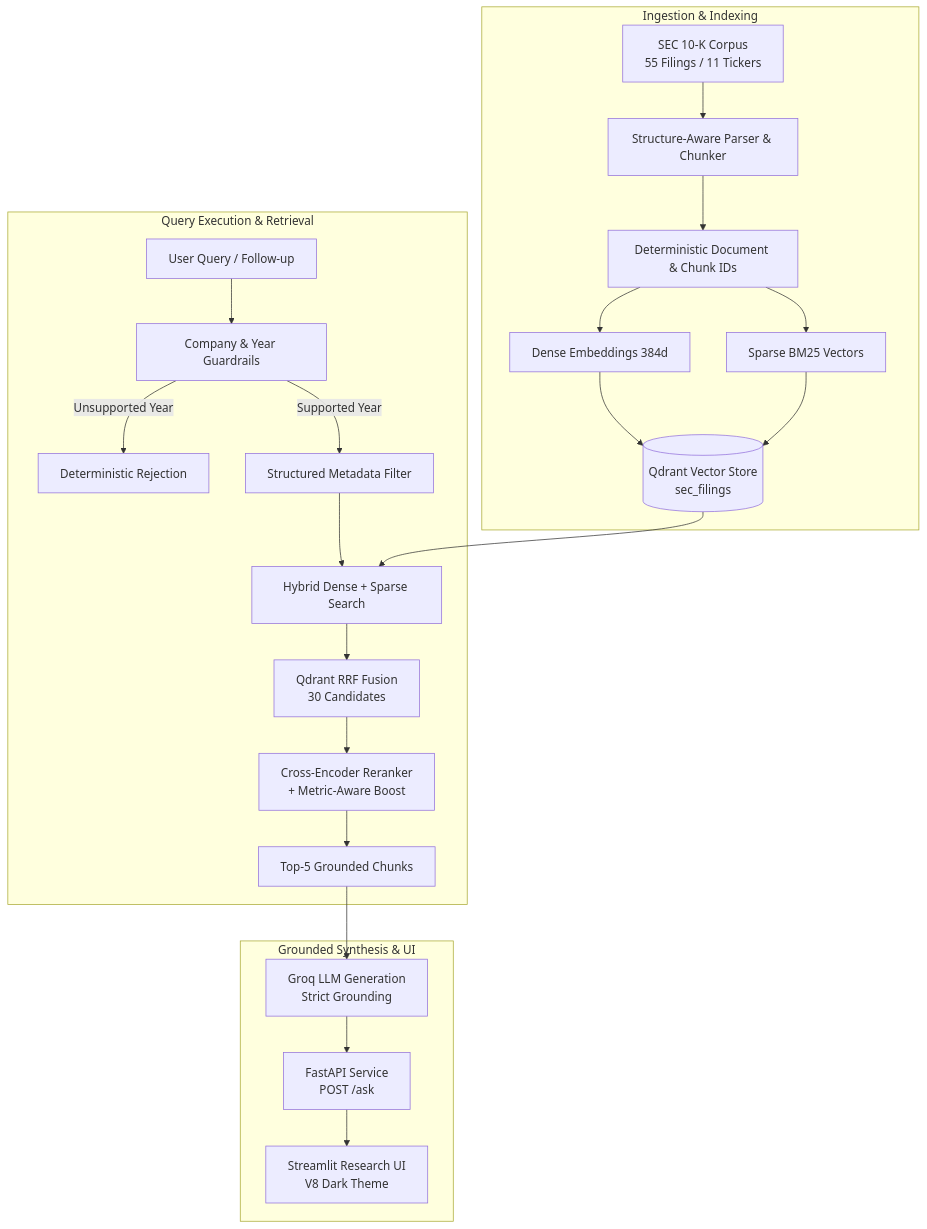
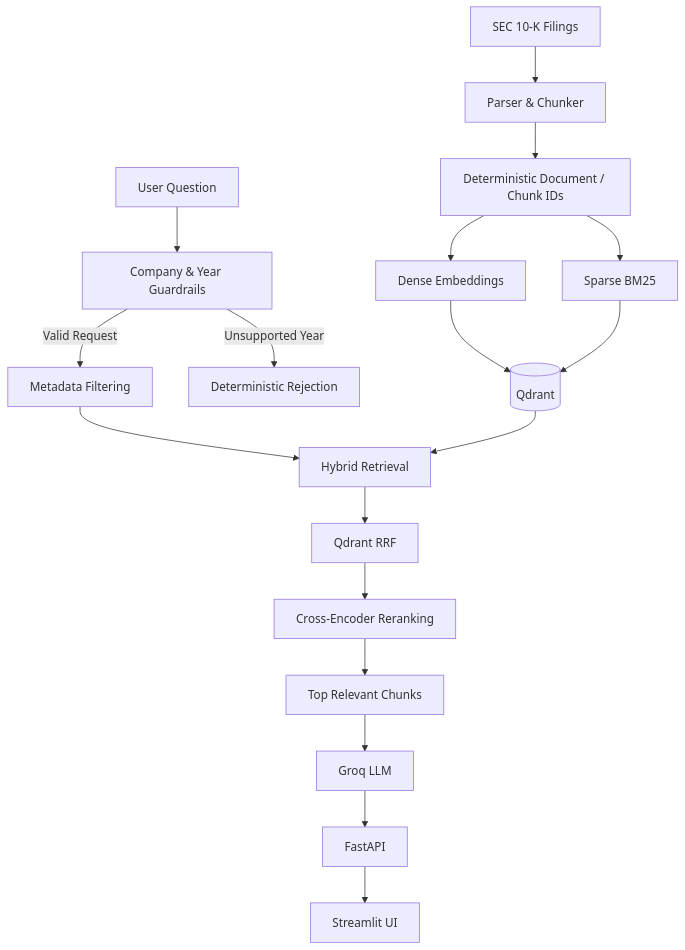
One commit to sdtech5/RuleBeaconAI changed the diagram in README.md. Above: the diagram before and after it, drawn with Mermaid. The commit also changed other lines of this file and 5 other files, not shown here.

````diff
--- a/README.md
+++ b/README.md
@@ -25,28 +35,24 @@
 ```mermaid
 flowchart TD
-    subgraph Ingestion ["Ingestion & Indexing"]
-        A[SEC 10-K Corpus\n55 Filings / 11 Tickers] --> B[Structure-Aware Parser & Chunker]
-        B --> C[Deterministic Document & Chunk IDs]
-        C --> D[Dense Embeddings 384d]
-        C --> E[Sparse BM25 Vectors]
-        D --> F[(Qdrant Vector Store\nsec_filings)]
-        E --> F
-    end
 
-    subgraph QueryExecution ["Query Execution & Retrieval"]
-        Q[User Query / Follow-up] --> G[Company & Year Guardrails]
-        G -->|Unsupported Year| H[Deterministic Rejection]
-        G -->|Supported Year| I[Structured Metadata Filter]
-        I --> J[Hybrid Dense + Sparse Search]
-        F --> J
-        J --> K[Qdrant RRF Fusion\n30 Candidates]
-        K --> L[Cross-Encoder Reranker\n+ Metric-Aware Boost]
-        L --> M[Top-5 Grounded Chunks]
-    end
+    A[SEC 10-K Filings] --> B[Parser & Chunker]
+    B --> C[Deterministic Document / Chunk IDs]
+    C --> D[Dense Embeddings]
+    C --> E[Sparse BM25]
+    D --> F[(Qdrant)]
+    E --> F
 
-    subgraph GenerationInterface ["Grounded Synthesis & UI"]
-        M --> N[Groq LLM Generation\nStrict Grounding]
-        N --> O[FastAPI Service\nPOST /ask]
-        O --> P[Streamlit Research UI\nV8 Dark Theme]
-    end
+    G[User Question] --> H[Company & Year Guardrails]
+    H -->|Unsupported Year| I[Deterministic Rejection]
+    H -->|Valid Request| J[Metadata Filtering]
+
+    J --> K[Hybrid Retrieval]
+    F --> K
+    K --> L[Qdrant RRF]
+    L --> M[Cross-Encoder Reranking]
+    M --> N[Top Relevant Chunks]
+
+    N --> O[Groq LLM]
+    O --> P[FastAPI]
+    P --> Q[Streamlit UI]
 ```
````
